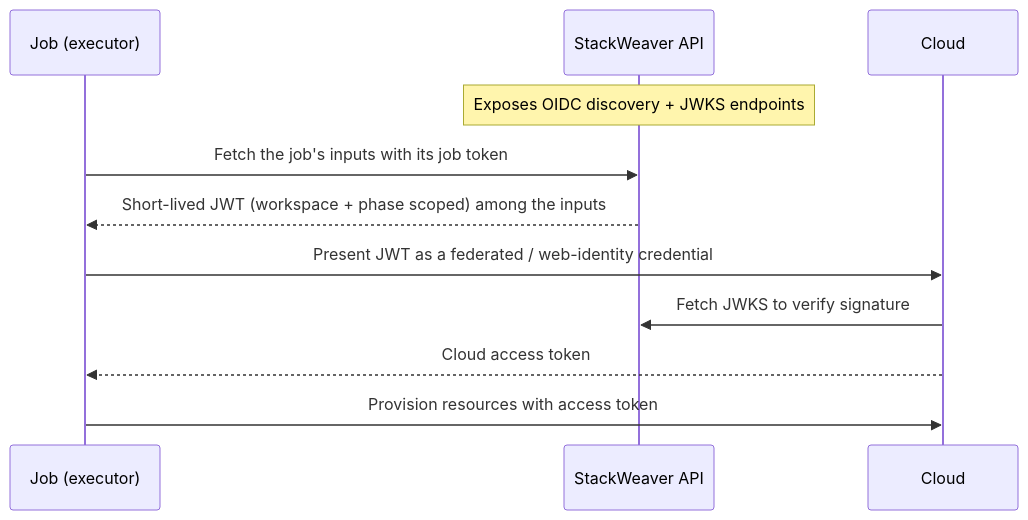
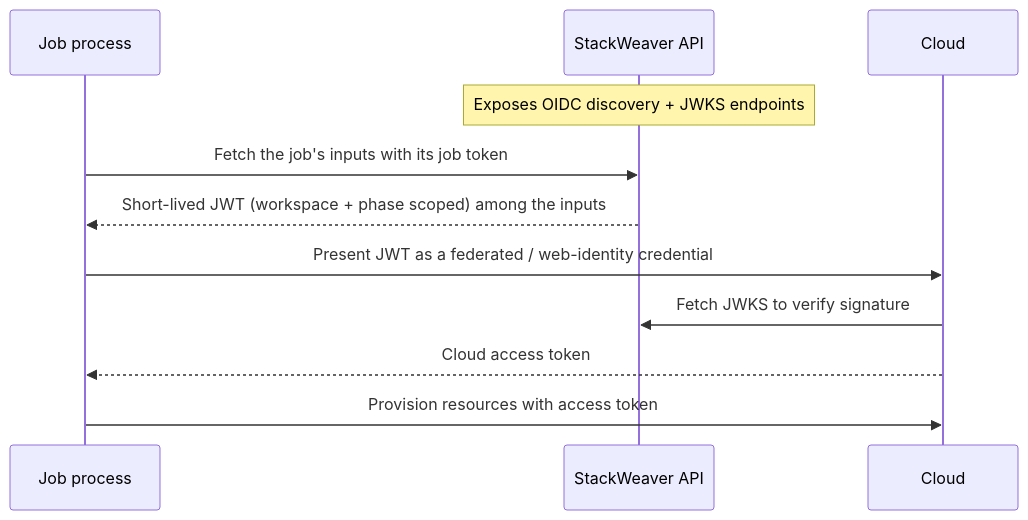
The diagram in docs/user-guides/oidc-configuration.md (vhco-pro/stackweaver-frontend), drawn with Mermaid before and after one commit. The commit also changed other lines of this file and 100 other files, not shown here.

````diff
--- a/docs/user-guides/oidc-configuration.md
+++ b/docs/user-guides/oidc-configuration.md
@@ -52,14 +52,14 @@
 ```mermaid
 sequenceDiagram
-    participant Runner as Job (executor)
+    participant Job as Job process
     participant SW as StackWeaver API
     participant Cloud
 
     Note over SW: Exposes OIDC discovery + JWKS endpoints
-    Runner->>SW: Fetch the job's inputs with its job token
-    SW-->>Runner: Short-lived JWT (workspace + phase scoped) among the inputs
-    Runner->>Cloud: Present JWT as a federated / web-identity credential
+    Job->>SW: Fetch the job's inputs with its job token
+    SW-->>Job: Short-lived JWT (workspace + phase scoped) among the inputs
+    Job->>Cloud: Present JWT as a federated / web-identity credential
     Cloud->>SW: Fetch JWKS to verify signature
-    Cloud-->>Runner: Cloud access token
-    Runner->>Cloud: Provision resources with access token
+    Cloud-->>Job: Cloud access token
+    Job->>Cloud: Provision resources with access token
 ```
````
